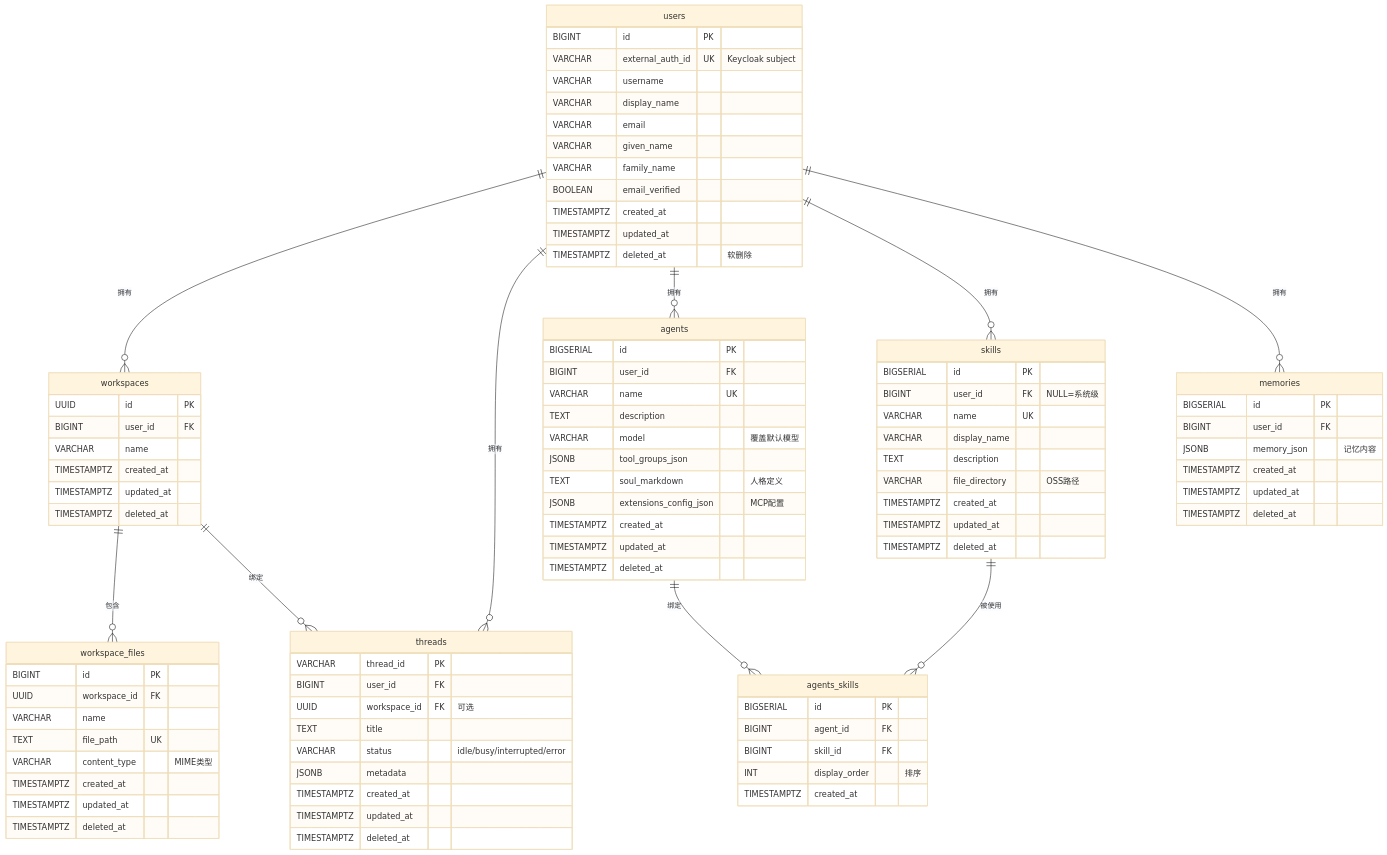
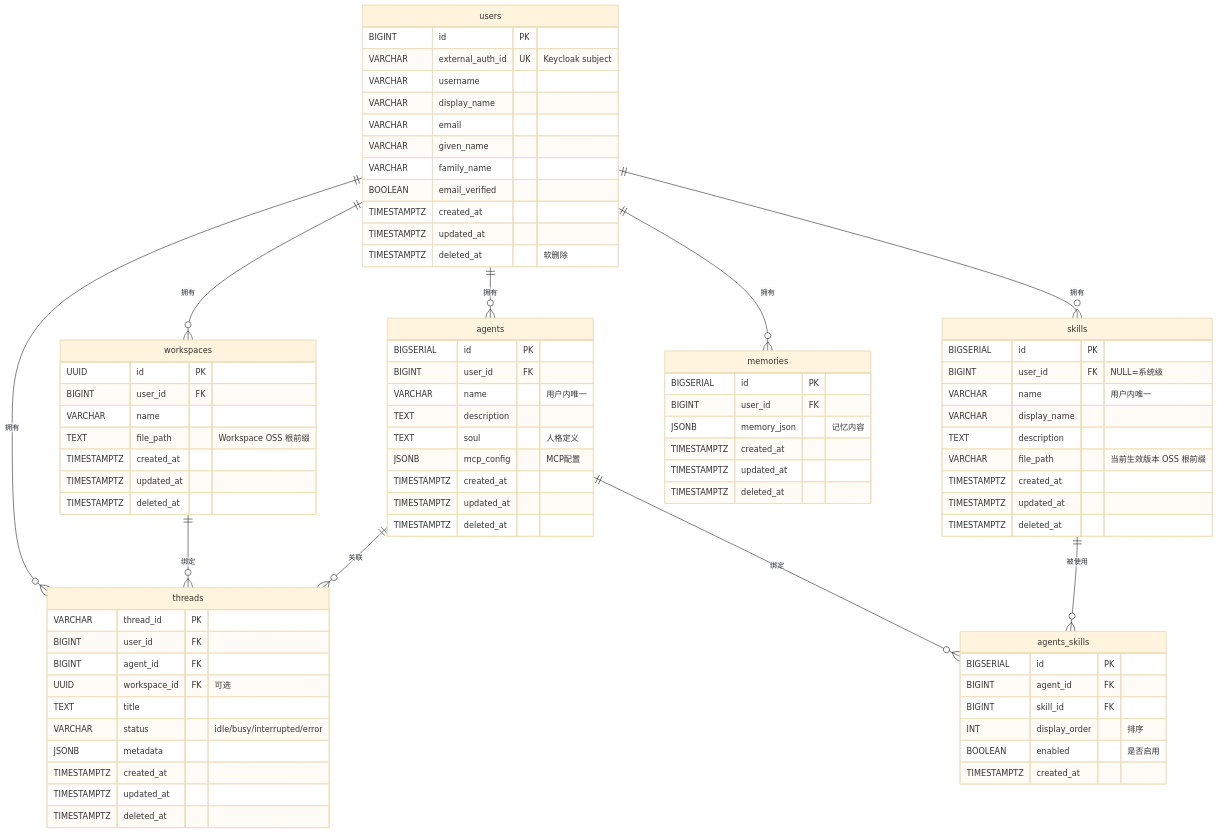
Before and after one commit to early-chinese-civilization/deer-flow: the first of 2 diagrams in DeerFlow数据库ER图.md, drawn with Mermaid (base theme). The commit also changed other lines of this file and 4 other files, not shown here.

```diff
--- a/DeerFlow数据库ER图.md
+++ b/DeerFlow数据库ER图.md
@@ -9,9 +9,9 @@
     users ||--o{ skills : "拥有"
     users ||--o{ memories : "拥有"
     
-    workspaces ||--o{ workspace_files : "包含"
     workspaces ||--o{ threads : "绑定"
     
+    agents ||--o{ threads : "关联"
     agents ||--o{ agents_skills : "绑定"
     skills ||--o{ agents_skills : "被使用"
     
@@ -33,17 +33,7 @@
         UUID id PK
         BIGINT user_id FK
         VARCHAR name
-        TIMESTAMPTZ created_at
-        TIMESTAMPTZ updated_at
-        TIMESTAMPTZ deleted_at
-    }
-    
-    workspace_files {
-        BIGINT id PK
-        UUID workspace_id FK
-        VARCHAR name
-        TEXT file_path UK
-        VARCHAR content_type "MIME类型"
+        TEXT file_path "Workspace OSS 根前缀"
         TIMESTAMPTZ created_at
         TIMESTAMPTZ updated_at
         TIMESTAMPTZ deleted_at
@@ -52,6 +42,7 @@
     threads {
         VARCHAR thread_id PK
         BIGINT user_id FK
+        BIGINT agent_id FK
         UUID workspace_id FK "可选"
         TEXT title
         VARCHAR status "idle/busy/interrupted/error"
@@ -64,12 +55,10 @@
     agents {
         BIGSERIAL id PK
         BIGINT user_id FK
-        VARCHAR name UK
+        VARCHAR name "用户内唯一"
         TEXT description
-        VARCHAR model "覆盖默认模型"
-        JSONB tool_groups_json
-        TEXT soul_markdown "人格定义"
-        JSONB extensions_config_json "MCP配置"
+        TEXT soul "人格定义"
+        JSONB mcp_config "MCP配置"
         TIMESTAMPTZ created_at
         TIMESTAMPTZ updated_at
         TIMESTAMPTZ deleted_at
@@ -78,10 +67,10 @@
     skills {
         BIGSERIAL id PK
         BIGINT user_id FK "NULL=系统级"
-        VARCHAR name UK
+        VARCHAR name "用户内唯一"
         VARCHAR display_name
         TEXT description
-        VARCHAR file_directory "OSS路径"
+        VARCHAR file_path "当前生效版本 OSS 根前缀"
         TIMESTAMPTZ created_at
         TIMESTAMPTZ updated_at
         TIMESTAMPTZ deleted_at
@@ -92,6 +81,7 @@
         BIGINT agent_id FK
         BIGINT skill_id FK
         INT display_order "排序"
+        BOOLEAN enabled "是否启用"
         TIMESTAMPTZ created_at
     }
     
```
